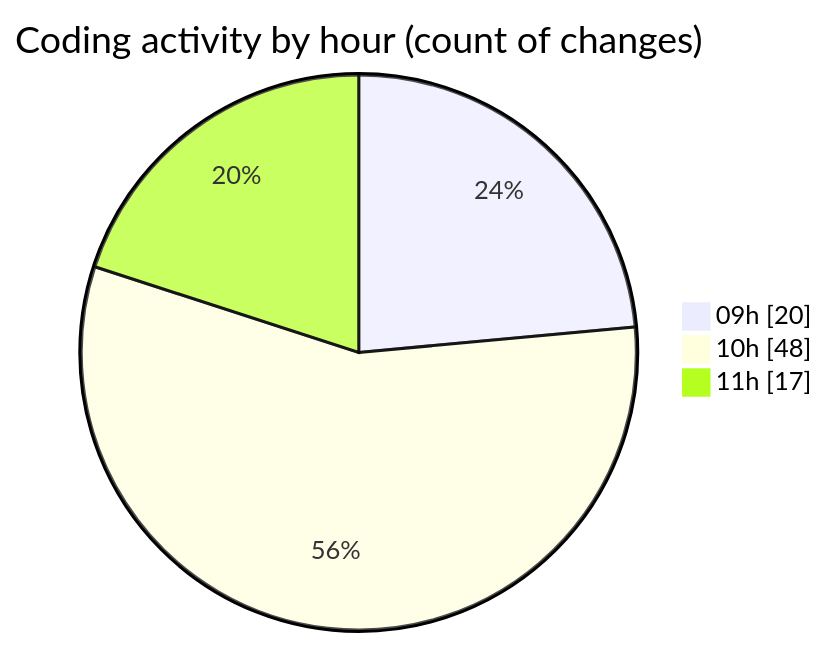
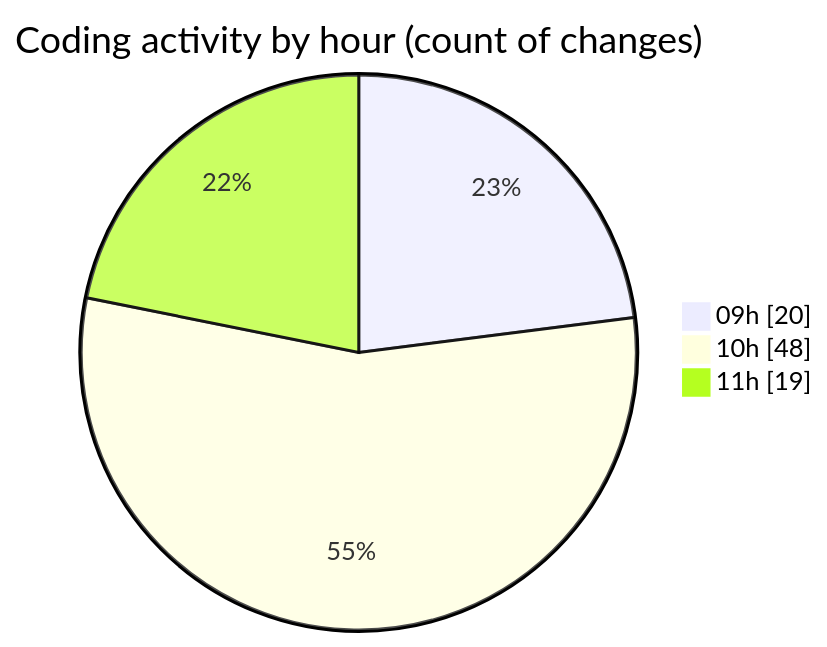
The second of 2 diagrams in 2025-03-19/peregrino-web/README.md (robertbonfada/code-tracking), drawn with Mermaid before and after one commit. The commit also changed other lines of this file and 1 other file, not shown here.

````diff
--- a/2025-03-19/peregrino-web/README.md
+++ b/2025-03-19/peregrino-web/README.md
@@ -43,7 +44,7 @@
 ```mermaid
 pie showData
 title Coding activity by hour (count of changes)
 "09h" : 20
 "10h" : 48
-"11h" : 17
+"11h" : 19
 ```
````
